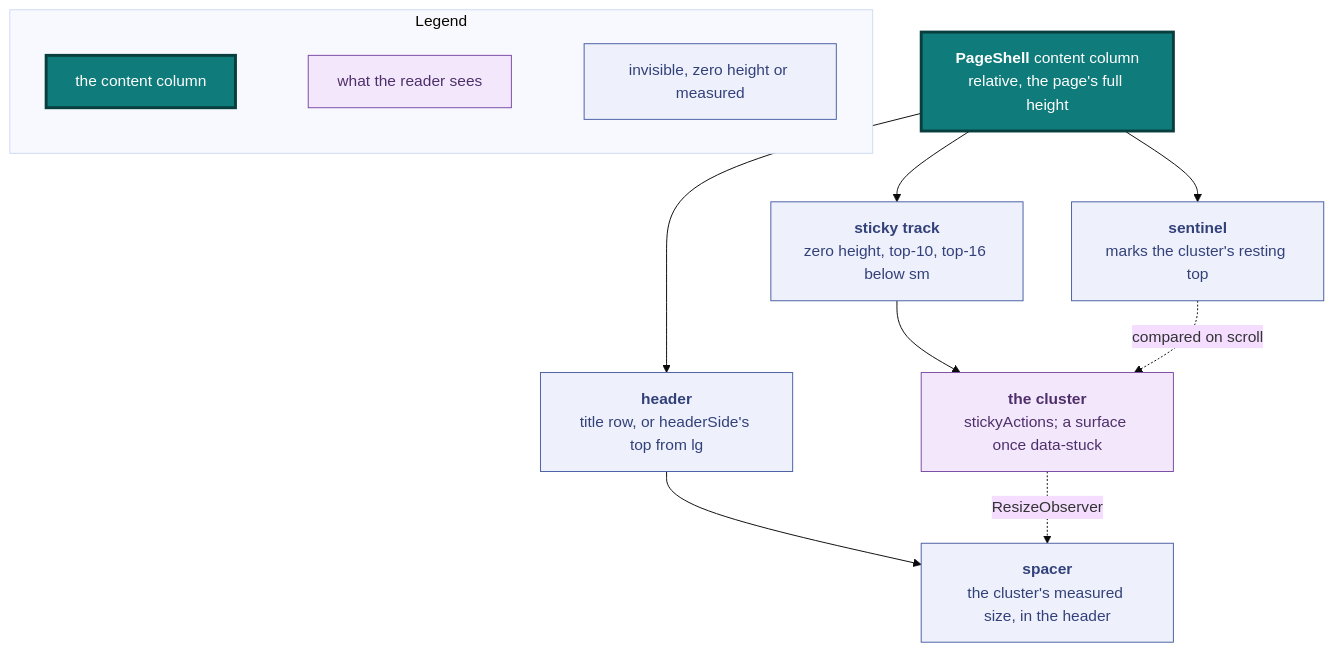
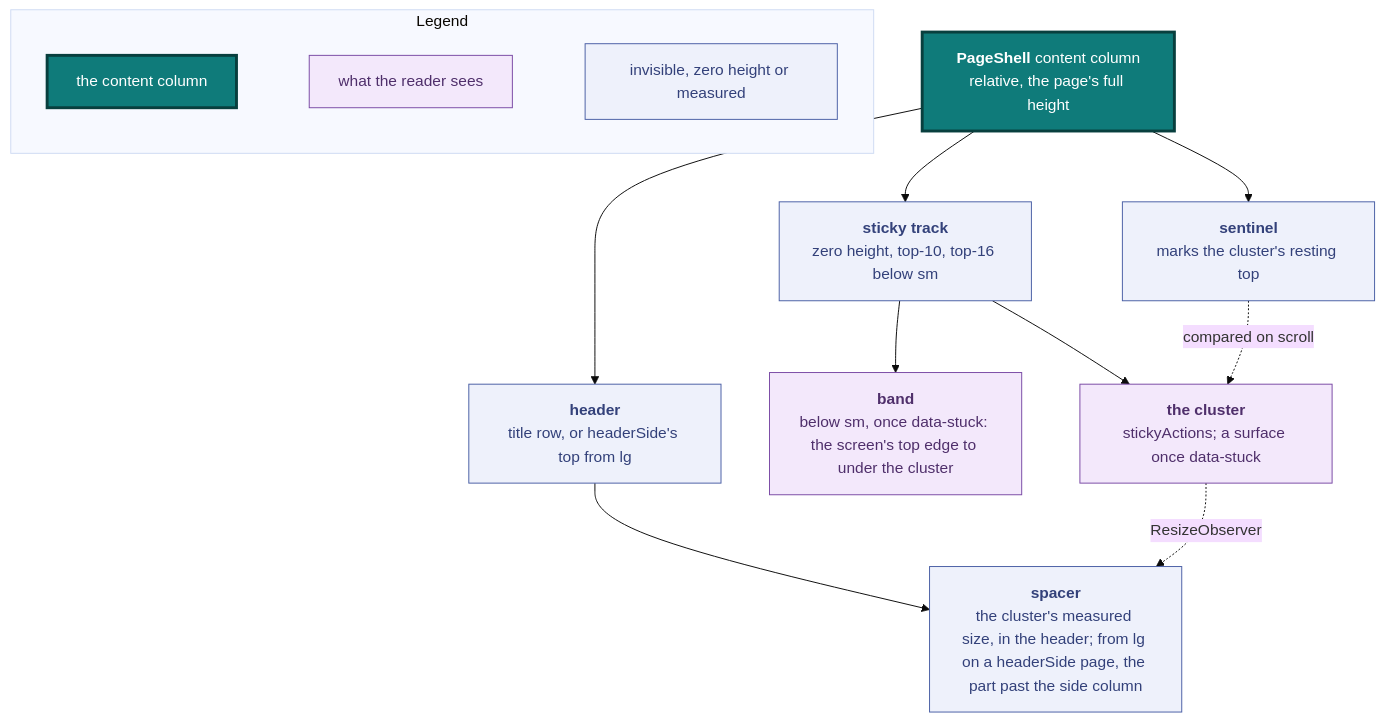
Before and after one commit to vidithq/vidit: the tenth of 20 diagrams in docs/design.md, drawn with Mermaid (base theme). The commit also changed other lines of this file and 81 other files, not shown here.

````diff
--- a/docs/design.md
+++ b/docs/design.md
@@ -965,33 +965,36 @@
 ```mermaid
 flowchart TB
   classDef core fill:#0f7b7a,stroke:#083f3e,stroke-width:3px,color:#ffffff
   classDef pinned fill:#f3e8fb,stroke:#7a4aa5,color:#4f2f6b
   classDef spec fill:#eef1fb,stroke:#4a5fa5,color:#33417a
 
   subgraph legend [Legend]
     direction LR
     l1["`the content column`"]:::core
     l2["`what the reader sees`"]:::pinned
     l3["`invisible, zero height or measured`"]:::spec
     l1 ~~~ l2 ~~~ l3
   end
 
   column["`**PageShell** content column
   relative, the page's full height`"]:::core
   sentinel["`**sentinel**
   marks the cluster's resting top`"]:::spec
   track["`**sticky track**
   zero height, top-10, top-16 below sm`"]:::spec
   cluster["`**the cluster**
   stickyActions; a surface once data-stuck`"]:::pinned
+  band["`**band**
+  below sm, once data-stuck: the screen's top edge to under the cluster`"]:::pinned
   spacer["`**spacer**
-  the cluster's measured size, in the header`"]:::spec
+  the cluster's measured size, in the header; from lg on a headerSide page, the part past the side column`"]:::spec
   header["`**header**
   title row, or headerSide's top from lg`"]:::spec
 
   column --> sentinel
   column --> track --> cluster
+  track --> band
   column --> header --> spacer
   cluster -. ResizeObserver .-> spacer
   sentinel -. compared on scroll .-> cluster
 ```
````
